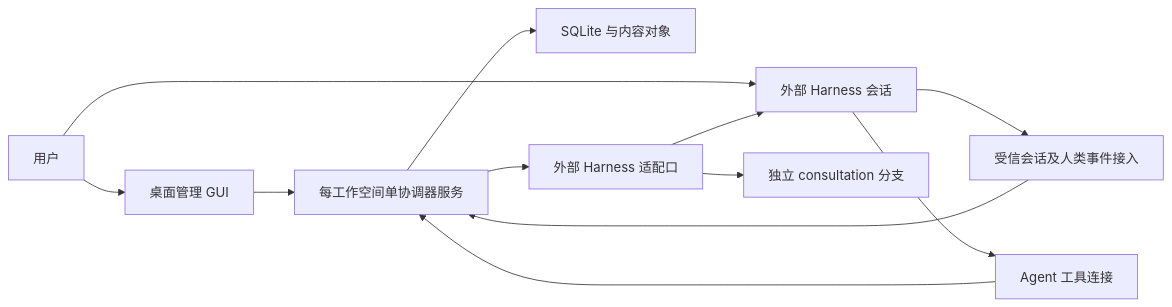
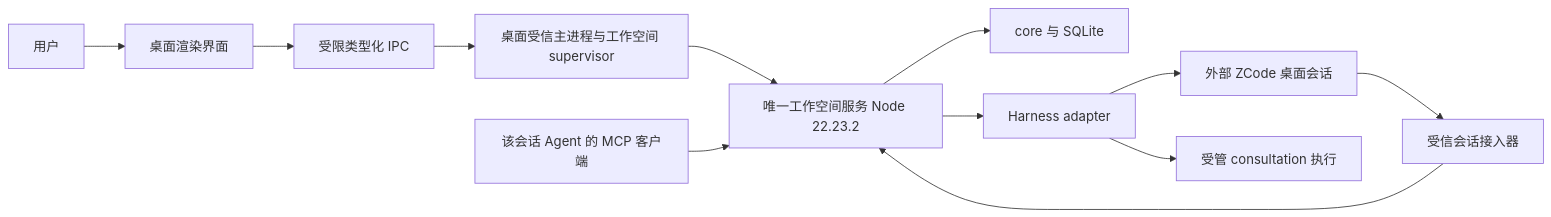
The diagram in docs/DESKTOP_GUI_PLAN.md (INKEM/RoleDock), drawn with Mermaid before and after one commit. The commit also changed other lines of this file and 20 other files, not shown here.

````diff
--- a/docs/DESKTOP_GUI_PLAN.md
+++ b/docs/DESKTOP_GUI_PLAN.md
@@ -73,14 +79,14 @@
 ```mermaid
 flowchart LR
-    U[用户] --> G[桌面管理 GUI]
-    U --> H[外部 Harness 会话]
-    H --> T[受信会话及人类事件接入]
-    H --> M[Agent 工具连接]
-    G --> C[每工作空间单协调器服务]
-    T --> C
-    M --> C
-    C --> D[SQLite 与内容对象]
-    C --> A[外部 Harness 适配口]
+    U[用户] --> W[桌面渲染界面]
+    W --> I[受限类型化 IPC]
+    I --> O[桌面受信主进程与工作空间 supervisor]
+    O --> S[唯一工作空间服务 Node 22.23.2]
+    H[外部 ZCode 桌面会话] --> T[受信会话接入器]
+    T --> S
+    M[该会话 Agent 的 MCP 客户端] --> S
+    S --> C[core 与 SQLite]
+    S --> A[Harness adapter]
     A --> H
-    A --> R[独立 consultation 分支]
+    A --> B[受管 consultation 执行]
 ```
````
